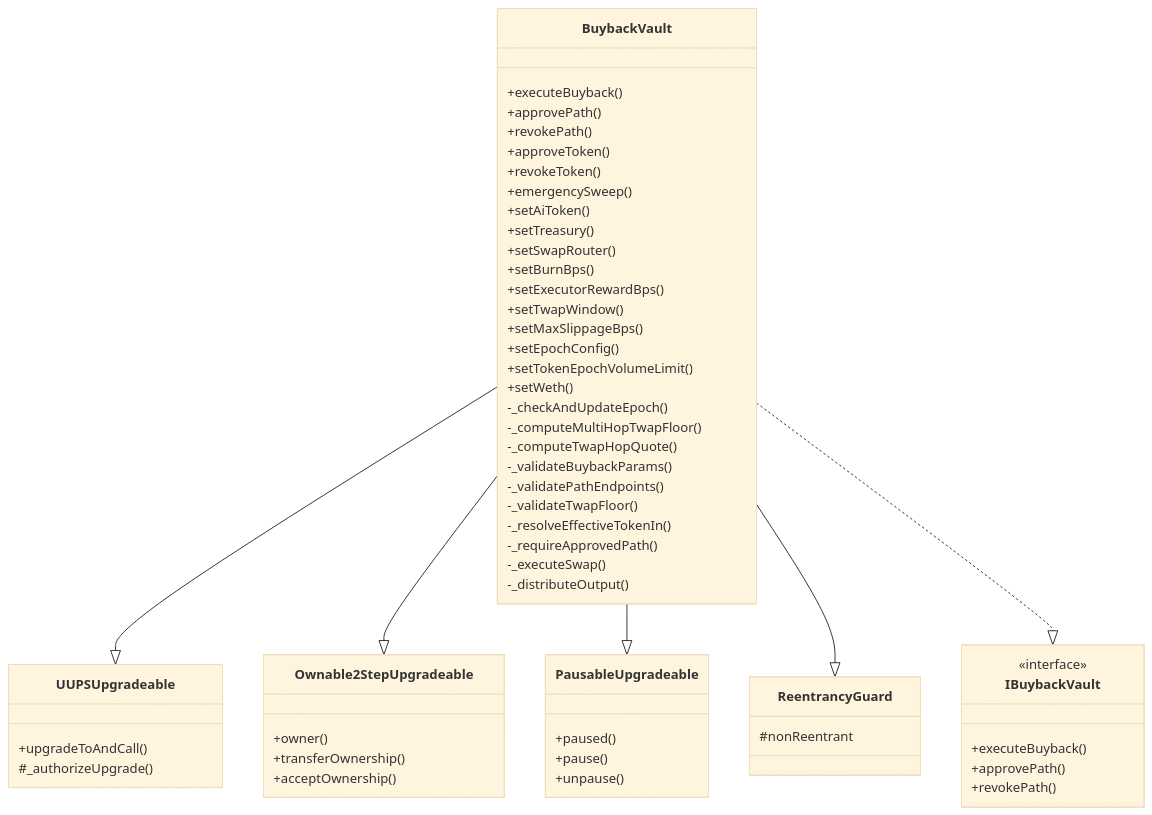
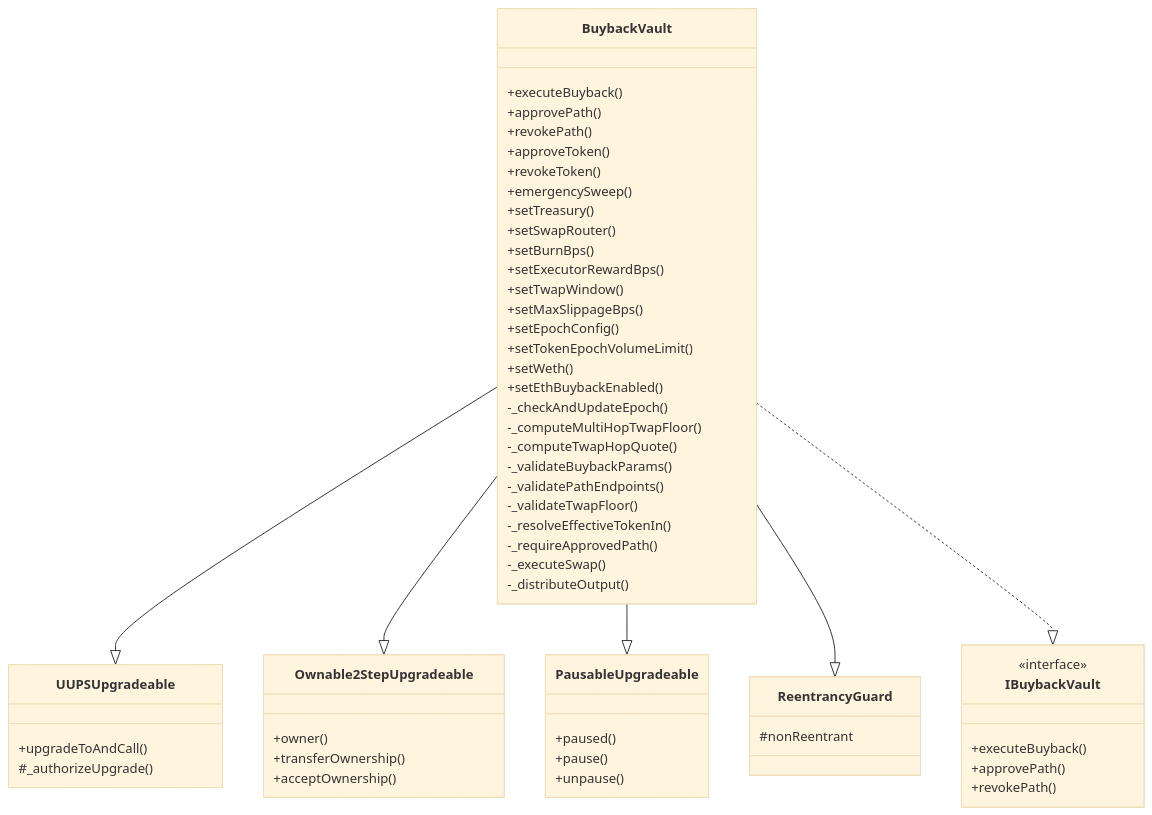
One commit to gensyn-network/gensyn-buyback changed the sixth of 6 diagrams in docs/DESIGN.md. Above: the diagram before and after it, drawn with Mermaid (base theme). The commit also changed other lines of this file and 9 other files, not shown here.

First line of the commit message:
feat: add ethBuybackEnabled flag to control ETH buyback functionality (#37)

````diff
--- a/docs/DESIGN.md
+++ b/docs/DESIGN.md
@@ -210,65 +210,65 @@
 ```mermaid
 classDiagram
     class BuybackVault {
         +executeBuyback()
         +approvePath()
         +revokePath()
         +approveToken()
         +revokeToken()
         +emergencySweep()
-        +setAiToken()
         +setTreasury()
         +setSwapRouter()
         +setBurnBps()
         +setExecutorRewardBps()
         +setTwapWindow()
         +setMaxSlippageBps()
         +setEpochConfig()
         +setTokenEpochVolumeLimit()
         +setWeth()
+        +setEthBuybackEnabled()
         -_checkAndUpdateEpoch()
         -_computeMultiHopTwapFloor()
         -_computeTwapHopQuote()
         -_validateBuybackParams()
         -_validatePathEndpoints()
         -_validateTwapFloor()
         -_resolveEffectiveTokenIn()
         -_requireApprovedPath()
         -_executeSwap()
         -_distributeOutput()
     }
 
     class UUPSUpgradeable {
         +upgradeToAndCall()
         #_authorizeUpgrade()
     }
 
     class Ownable2StepUpgradeable {
         +owner()
         +transferOwnership()
         +acceptOwnership()
     }
 
     class PausableUpgradeable {
         +paused()
         +pause()
         +unpause()
     }
 
     class ReentrancyGuard {
         #nonReentrant
     }
 
     class IBuybackVault {
         <<interface>>
         +executeBuyback()
         +approvePath()
         +revokePath()
     }
 
     BuybackVault --|> UUPSUpgradeable
     BuybackVault --|> Ownable2StepUpgradeable
     BuybackVault --|> PausableUpgradeable
     BuybackVault --|> ReentrancyGuard
     BuybackVault ..|> IBuybackVault
 ```
````
